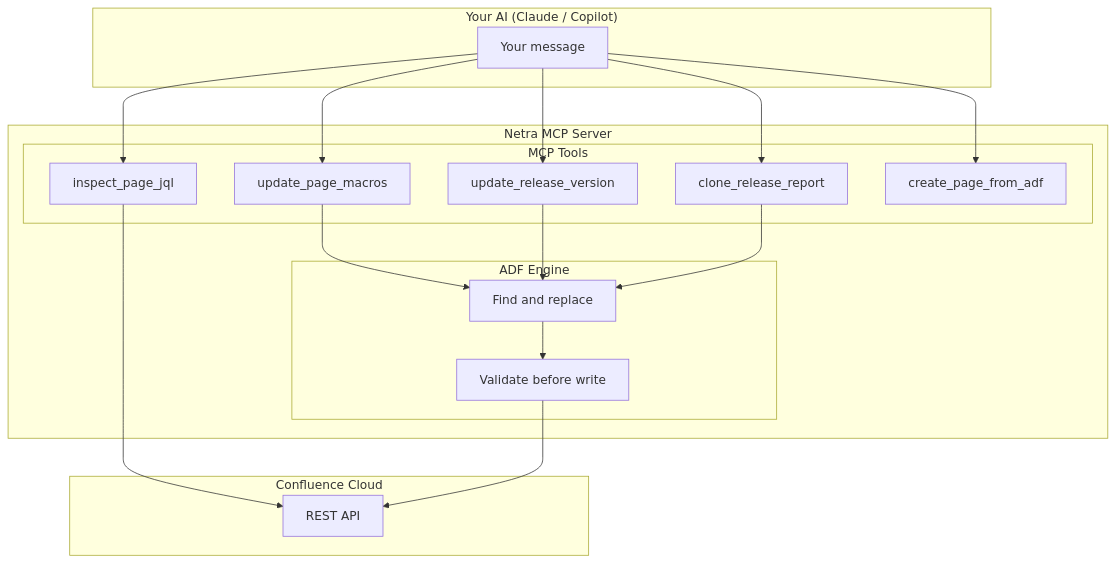
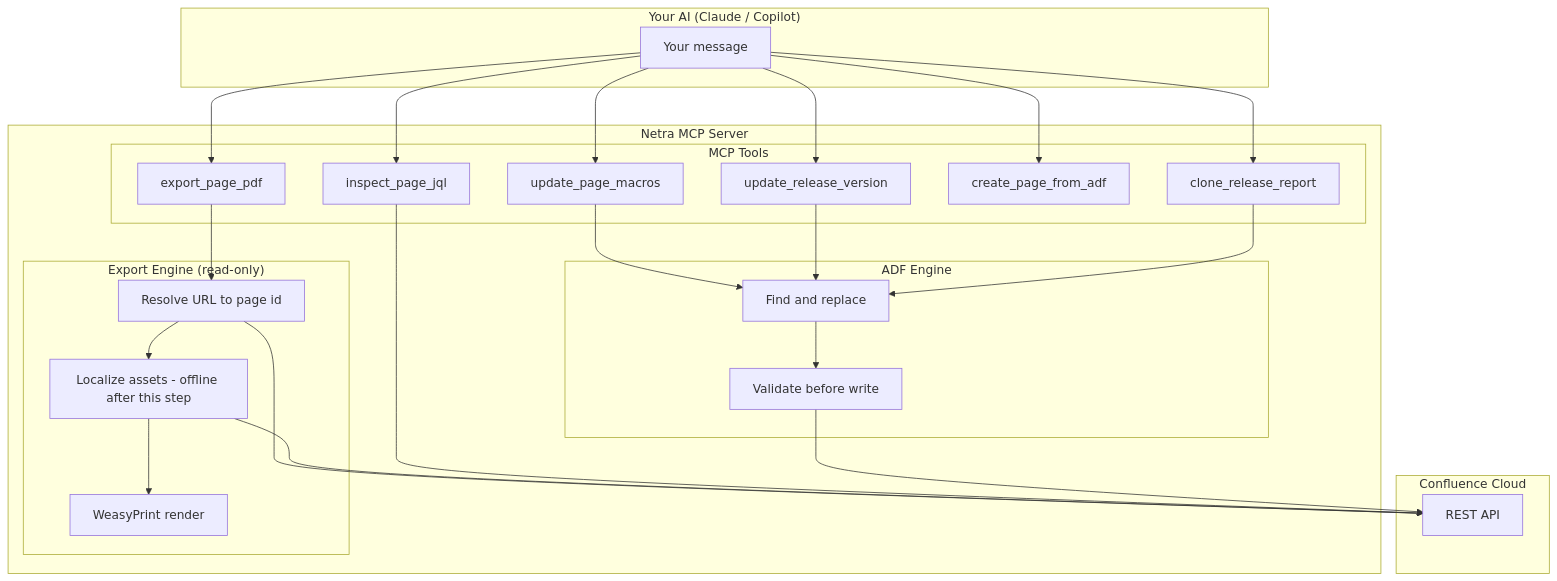
One commit to sunishbharat/netra-confluence-mcp changed the diagram in README.md. Above: the diagram before and after it, drawn with Mermaid. The commit also changed other lines of this file and 28 other files, not shown here.

Commit message:
Add:pdf export feature

````diff
--- a/README.md
+++ b/README.md
@@ -417,28 +504,36 @@
 ```mermaid
 flowchart TD
     subgraph Client["Your AI (Claude / Copilot)"]
         A[Your message]
     end
 
     subgraph Server["Netra MCP Server"]
         subgraph Tools["MCP Tools"]
             T0[inspect_page_jql]
             T1[update_page_macros]
             T2[update_release_version]
             T3[clone_release_report]
             T4[create_page_from_adf]
+            T5[export_page_pdf]
         end
         subgraph Engine["ADF Engine"]
             R[Find and replace]
             V[Validate before write]
+        end
+        subgraph ExportEngine["Export Engine (read-only)"]
+            RES[Resolve URL to page id]
+            AST[Localize assets - offline after this step]
+            PDF[WeasyPrint render]
         end
     end
 
     subgraph Confluence["Confluence Cloud"]
         API[REST API]
     end
 
-    A --> T0 & T1 & T2 & T3 & T4
+    A --> T0 & T1 & T2 & T3 & T4 & T5
     T1 & T2 & T3 --> R --> V
     T0 & V --> API
+    T5 --> RES --> AST --> PDF
+    RES & AST --> API
 ```
````
